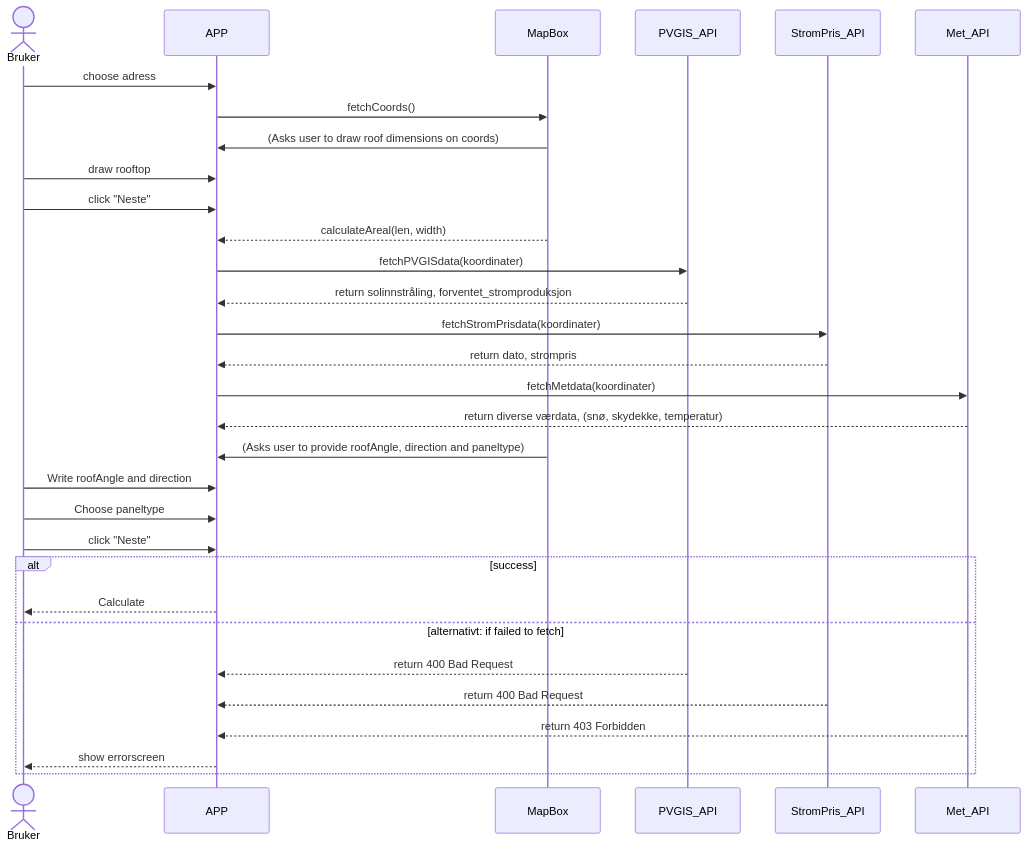
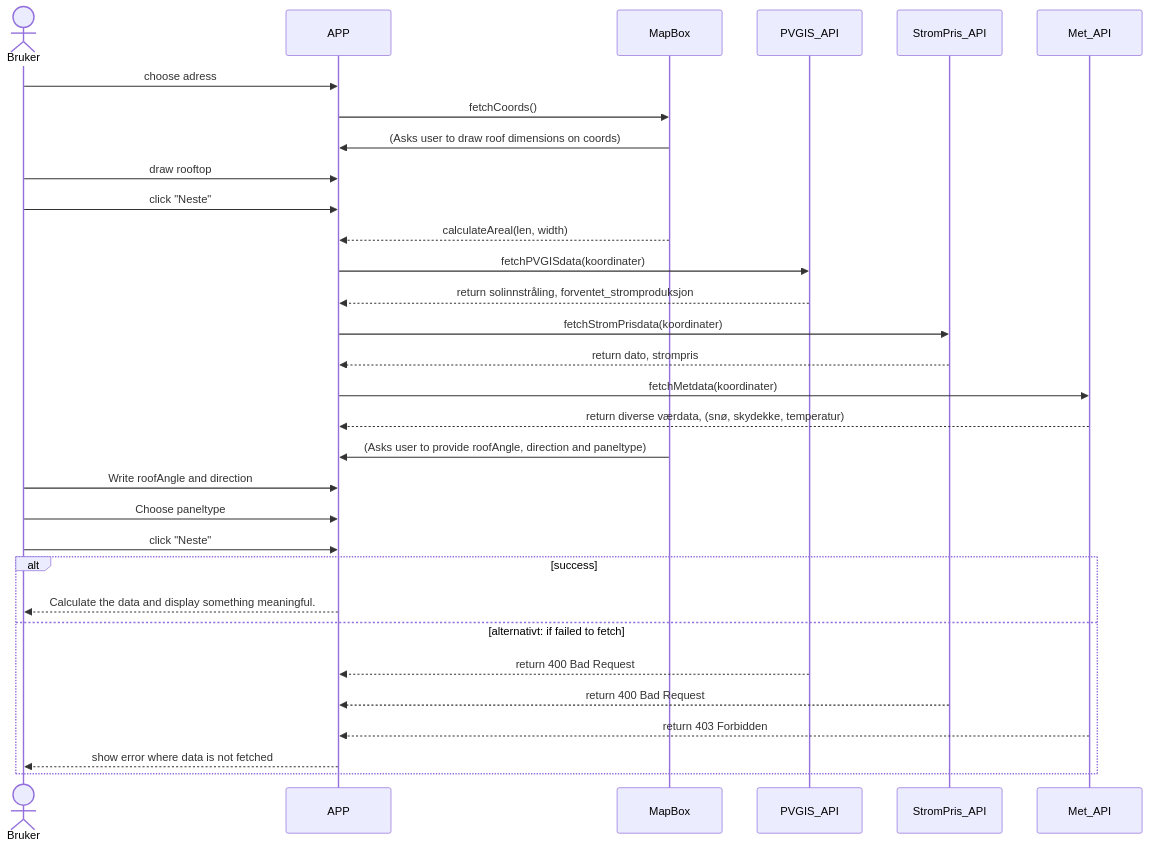
Before and after one commit to niklasanesen/wattsupsun: the diagram in diagrams/dataflyt.md, drawn with Mermaid. The commit also changed 3 other files, not shown here.

Commit message:
clas diagrams are just crazy, sorry

````diff
--- a/diagrams/dataflyt.md
+++ b/diagrams/dataflyt.md
@@ -1,54 +1,54 @@
 ```mermaid
 
 sequenceDiagram
 
     actor Bruker
     participant APP
     participant MapBox
     participant PVGIS_API
     participant StromPris_API
     participant Met_API
 
     Bruker ->> APP: choose adress
     APP ->> MapBox: fetchCoords()
     MapBox ->> APP: (Asks user to draw roof dimensions on coords)
 
     Bruker ->> APP: draw rooftop
     Bruker ->> APP: click "Neste"
 
     MapBox -->> APP: calculateAreal(len, width)
 
     APP ->> PVGIS_API: fetchPVGISdata(koordinater)
     PVGIS_API -->> APP: return solinnstråling, forventet_stromproduksjon
 
     APP ->> StromPris_API: fetchStromPrisdata(koordinater)
     StromPris_API -->> APP: return dato, strompris
 
     APP ->> Met_API: fetchMetdata(koordinater)
     Met_API -->> APP: return diverse værdata, (snø, skydekke, temperatur)
 
     MapBox ->> APP: (Asks user to provide roofAngle, direction and paneltype)
 
     Bruker ->> APP: Write roofAngle and direction
     Bruker ->> APP: Choose paneltype
     Bruker ->> APP: click "Neste"
 
     
 
     alt success
-        APP -->> Bruker: Calculate
+        APP -->> Bruker: Calculate the data and display something meaningful.
 
     else alternativt: if failed to fetch
 
         PVGIS_API -->> APP: return 400 Bad Request
 
         StromPris_API -->> APP: return 400 Bad Request
 
         Met_API -->> APP: return 403 Forbidden
 
-        APP -->> Bruker: show errorscreen
+        APP -->> Bruker: show error where data is not fetched
 
     end
 
 
 ```
````
